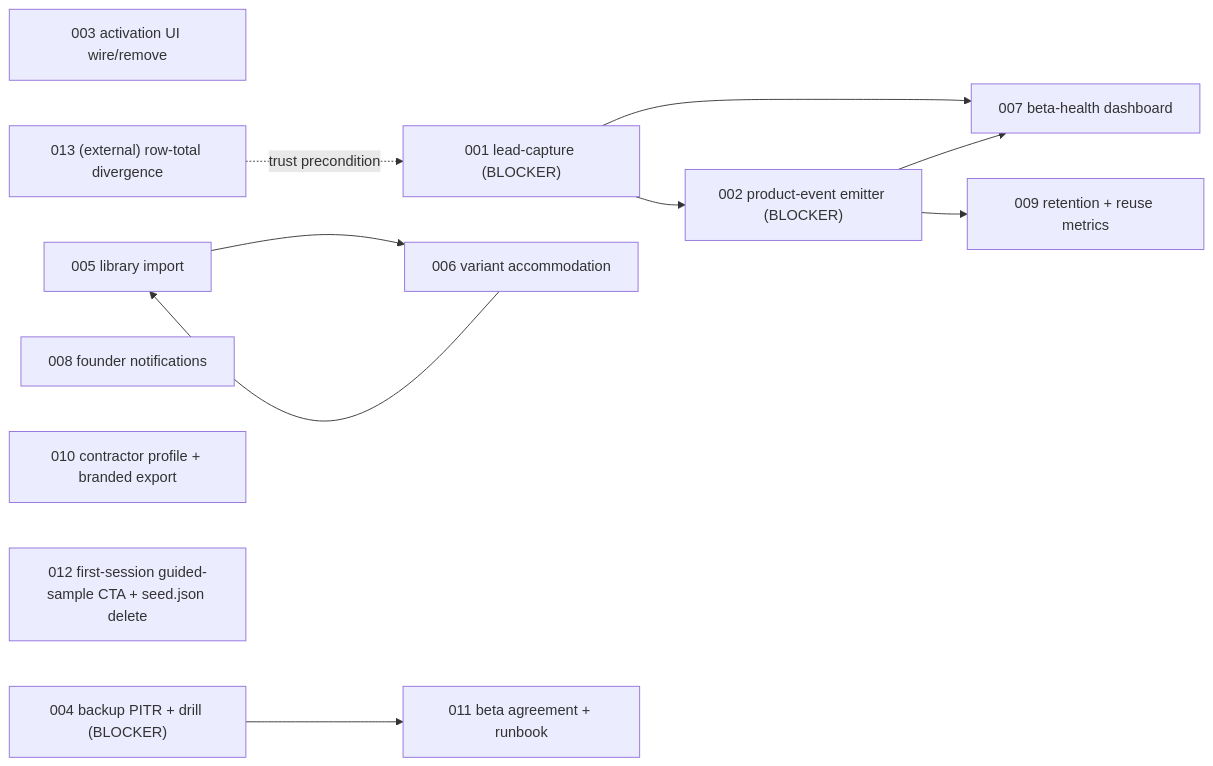
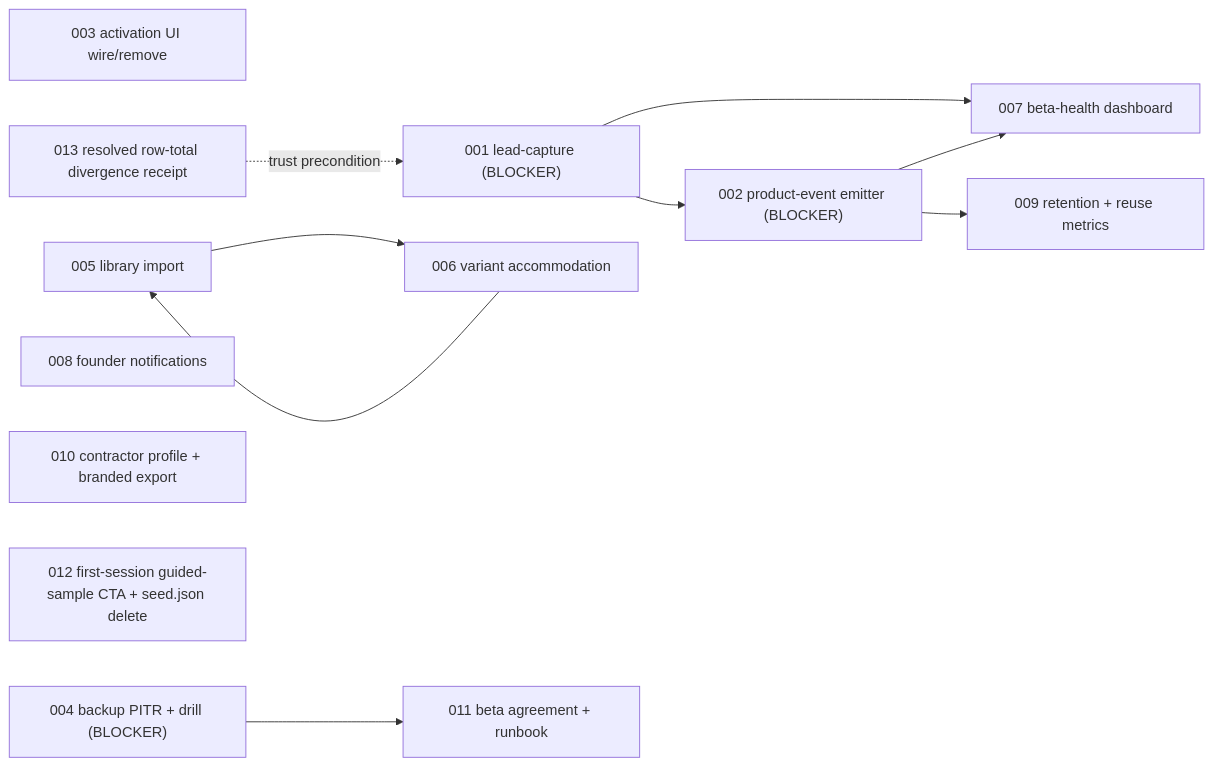
Before and after one commit to pjel888/archestimator: the diagram in .ai/03_plans/2026-07-18-MVP-Startup-Readiness-Audit/00-PLAN.md, drawn with Mermaid. The commit also changed other lines of this file and 10 other files, not shown here.

````diff
--- a/.ai/03_plans/2026-07-18-MVP-Startup-Readiness-Audit/00-PLAN.md
+++ b/.ai/03_plans/2026-07-18-MVP-Startup-Readiness-Audit/00-PLAN.md
@@ -184,25 +185,25 @@
 ```mermaid
 flowchart LR
   U001["001 lead-capture (BLOCKER)"]
   U002["002 product-event emitter (BLOCKER)"]
   U003["003 activation UI wire/remove"]
   U004["004 backup PITR + drill (BLOCKER)"]
   U005["005 library import"]
   U006["006 variant accommodation"]
   U007["007 beta-health dashboard"]
   U008["008 founder notifications"]
   U009["009 retention + reuse metrics"]
   U010["010 contractor profile + branded export"]
   U011["011 beta agreement + runbook"]
   U012["012 first-session guided-sample CTA + seed.json delete"]
-  U013["013 (external) row-total divergence"]
+  U013["013 resolved row-total divergence receipt"]
 
   U001 --> U002
   U001 --> U007
   U002 --> U007
   U002 --> U009
   U005 --> U006
   U006 --> U005
   U004 --> U011
   U013 -.trust precondition.-> U001
 ```
````
